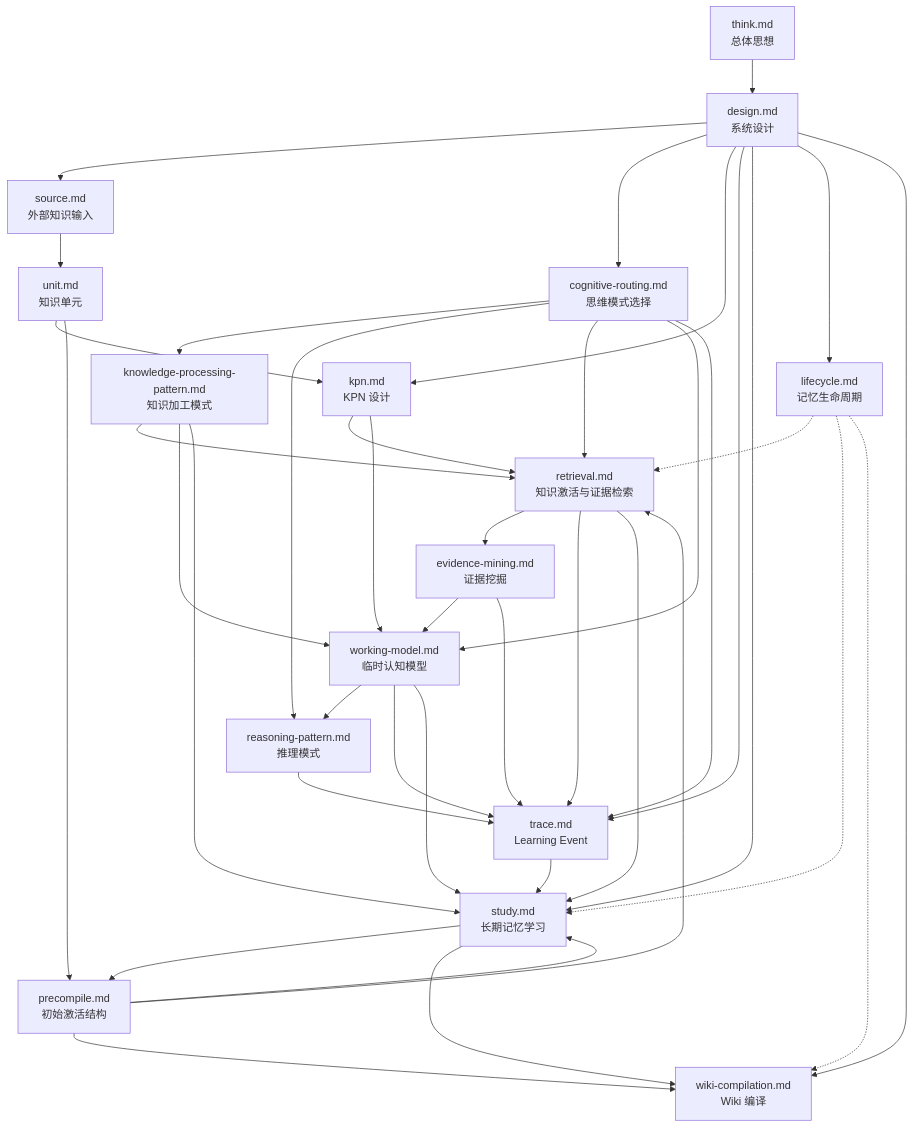
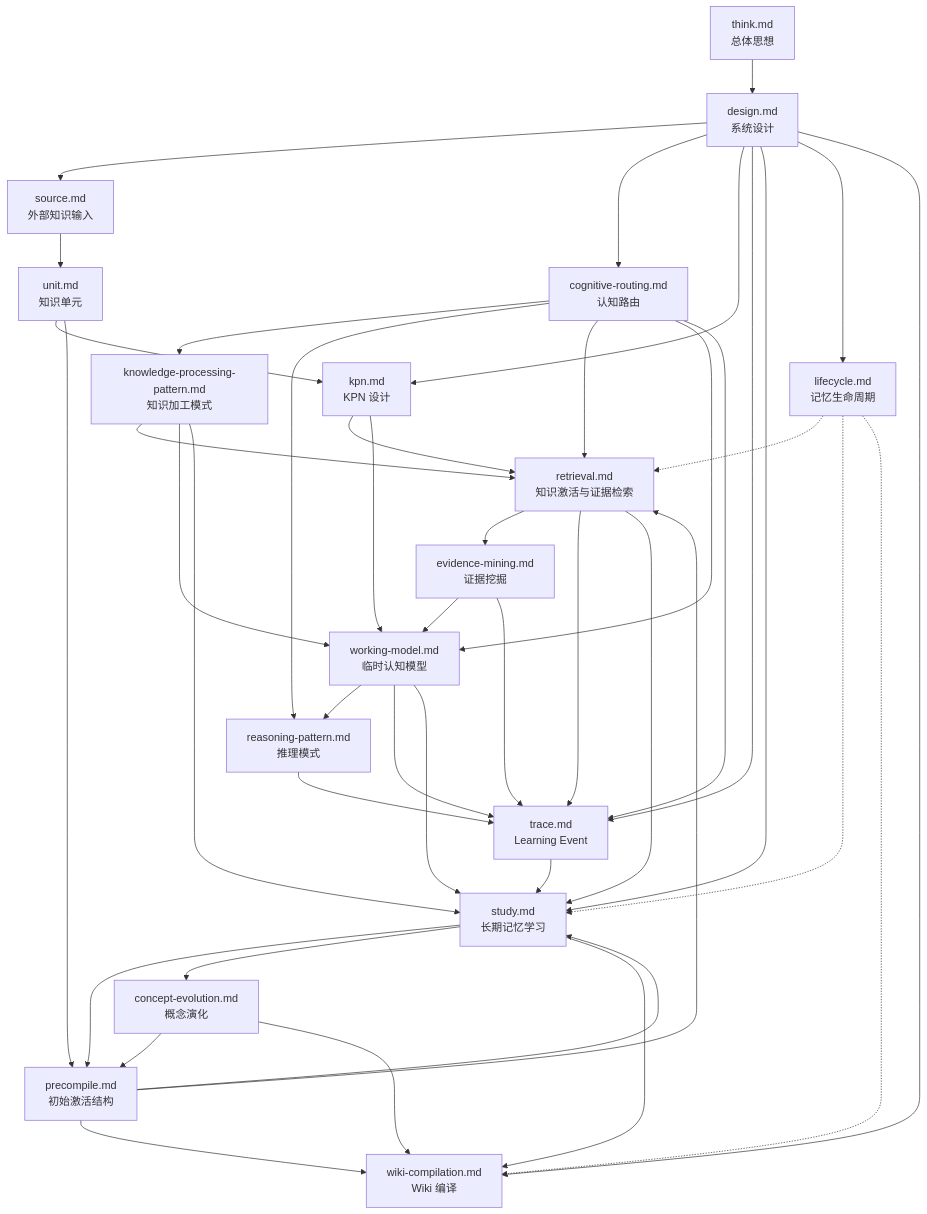
The diagram in docs/design/readme.md (xman1978/wiki-brain), drawn with Mermaid before and after one commit. The commit also changed other lines of this file and 145 other files, not shown here.

Commit message:
wiki-brain v1.0.1 1. 增加 concept 演进 2. 修改认知层设计

````diff
--- a/docs/design/readme.md
+++ b/docs/design/readme.md
@@ -53,74 +55,78 @@
 ```mermaid
 flowchart TB
   think["think.md<br/>总体思想"]
   design["design.md<br/>系统设计"]
 
   source["source.md<br/>外部知识输入"]
   unit["unit.md<br/>知识单元"]
   kpn["kpn.md<br/>KPN 设计"]
   precompile["precompile.md<br/>初始激活结构"]
 
-  routing["cognitive-routing.md<br/>思维模式选择"]
+  routing["cognitive-routing.md<br/>认知路由"]
   kpp["knowledge-processing-pattern.md<br/>知识加工模式"]
   retrieval["retrieval.md<br/>知识激活与证据检索"]
   mining["evidence-mining.md<br/>证据挖掘"]
   working["working-model.md<br/>临时认知模型"]
   rp["reasoning-pattern.md<br/>推理模式"]
 
   trace["trace.md<br/>Learning Event"]
   study["study.md<br/>长期记忆学习"]
+  concept["concept-evolution.md<br/>概念演化"]
   lifecycle["lifecycle.md<br/>记忆生命周期"]
   wiki["wiki-compilation.md<br/>Wiki 编译"]
 
   think --> design
 
   design --> source
   design --> routing
   design --> kpn
   design --> trace
   design --> study
   design --> lifecycle
   design --> wiki
 
   source --> unit
   unit --> kpn
   unit --> precompile
   kpn --> retrieval
   kpn --> working
 
   precompile --> retrieval
   precompile --> study
   precompile --> wiki
 
   routing --> kpp
   routing --> rp
   routing --> retrieval
   routing --> working
   routing --> trace
 
   kpp --> retrieval
   kpp --> working
   kpp --> study
 
   retrieval --> mining
   retrieval --> trace
   retrieval --> study
 
   mining --> working
   mining --> trace
 
   working --> rp
   rp --> trace
 
   working --> trace
   working --> study
 
   trace --> study
 
   study --> precompile
+  study --> concept
+  concept --> precompile
+  concept --> wiki
   study --> wiki
 
   lifecycle -.-> retrieval
   lifecycle -.-> study
   lifecycle -.-> wiki
 ```
````
